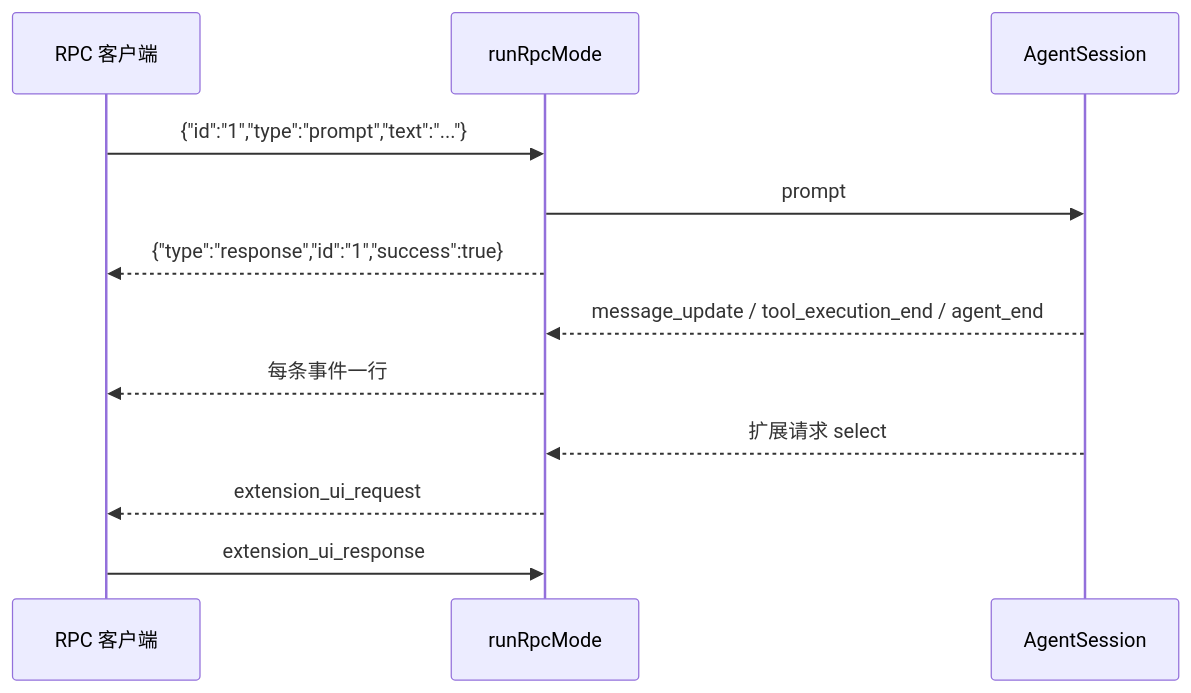
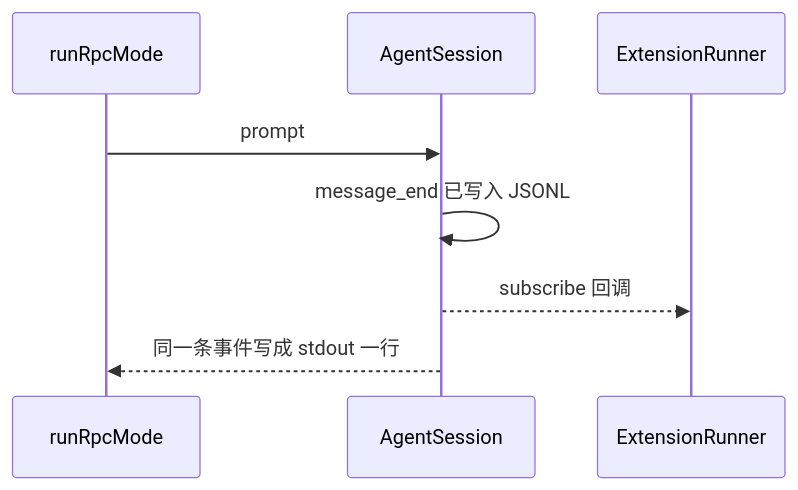
The diagram in docs/pi-agent/gateway.md (LosAveRoad/interview-prep), drawn with Mermaid before and after one commit. The commit also changed other lines of this file and 15 other files, not shown here.

````diff
--- a/docs/pi-agent/gateway.md
+++ b/docs/pi-agent/gateway.md
@@ -107,14 +68,10 @@
 ```mermaid
 sequenceDiagram
-  participant C as RPC 客户端
   participant R as runRpcMode
   participant S as AgentSession
-  C->>R: {"id":"1","type":"prompt","text":"..."}
+  participant E as ExtensionRunner
   R->>S: prompt
-  R-->>C: {"type":"response","id":"1","success":true}
-  S-->>R: message_update / tool_execution_end / agent_end
-  R-->>C: 每条事件一行
-  S-->>R: 扩展请求 select
-  R-->>C: extension_ui_request
-  C->>R: extension_ui_response
+  S->>S: message_end 已写入 JSONL
+  S-->>E: subscribe 回调
+  S-->>R: 同一条事件写成 stdout 一行
 ```
````
